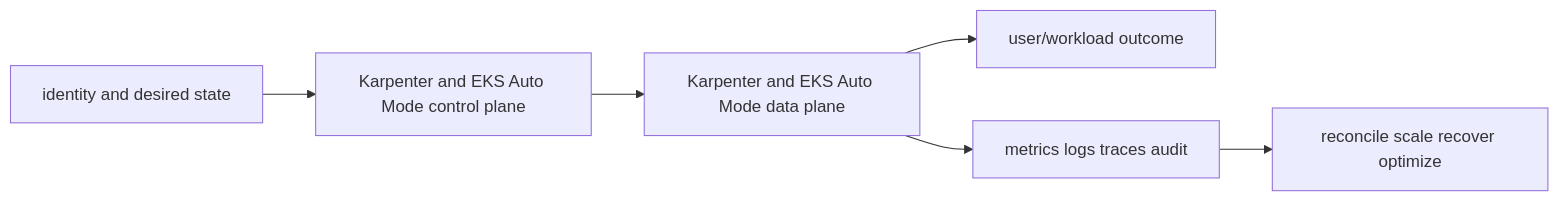
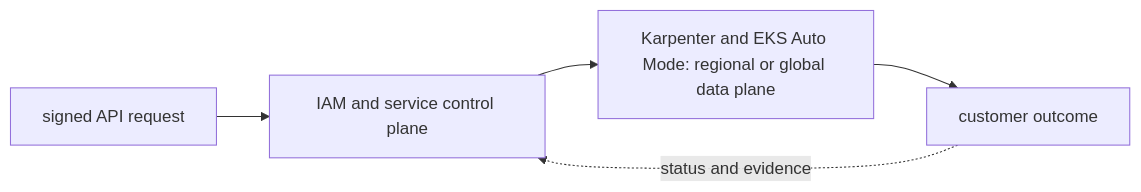
One commit to tomkidumbuyo/DevOps-interview-preparation changed the diagram in 07-aws/06-containers/04-karpenter-auto-mode/README.md. Above: the diagram before and after it, drawn with Mermaid. The commit also changed other lines of this file and 753 other files, not shown here.

````diff
--- a/07-aws/06-containers/04-karpenter-auto-mode/README.md
+++ b/07-aws/06-containers/04-karpenter-auto-mode/README.md
@@ -19,8 +31,7 @@
 ```mermaid
 flowchart LR
-  I[identity and desired state] --> C[Karpenter and EKS Auto Mode control plane]
-  C --> D[Karpenter and EKS Auto Mode data plane]
-  D --> U[user/workload outcome]
-  D --> O[metrics logs traces audit]
-  O --> R[reconcile scale recover optimize]
+  A["signed API request"] --> B["IAM and service control plane"]
+  B --> C["Karpenter and EKS Auto Mode: regional or global data plane"]
+  C --> D["customer outcome"]
+  D -. "status and evidence" .-> B
 ```
````
